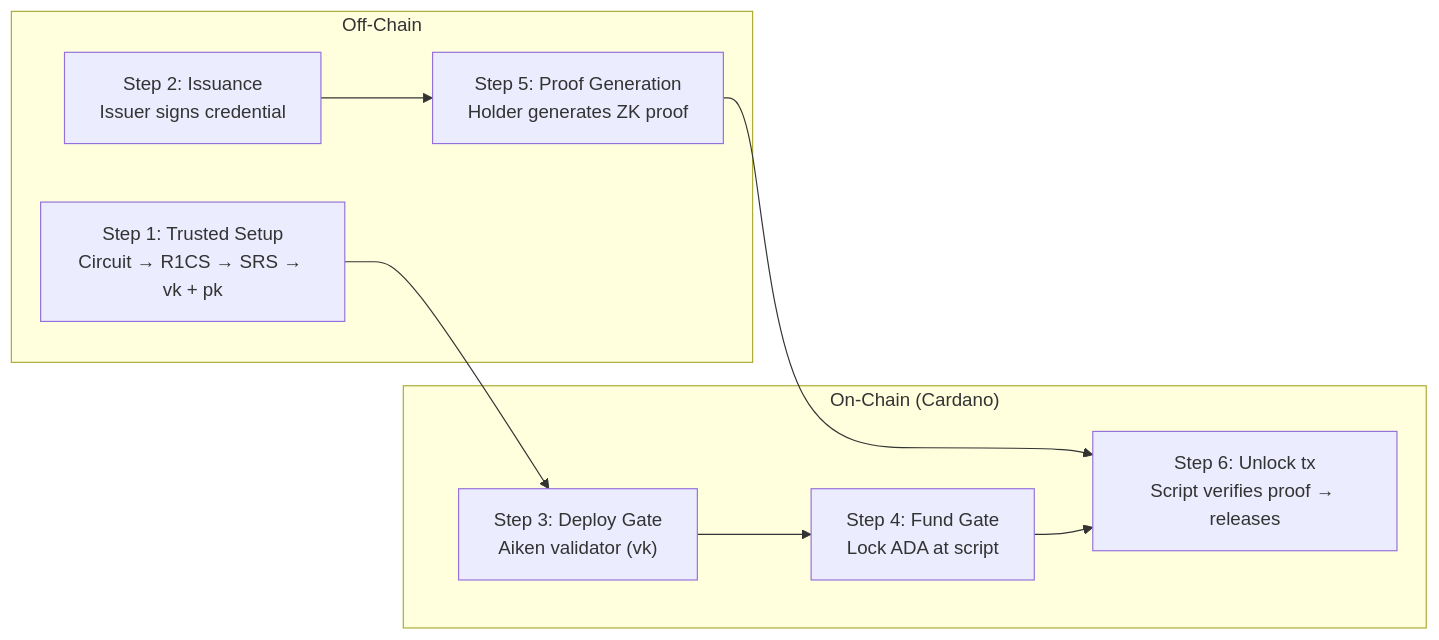
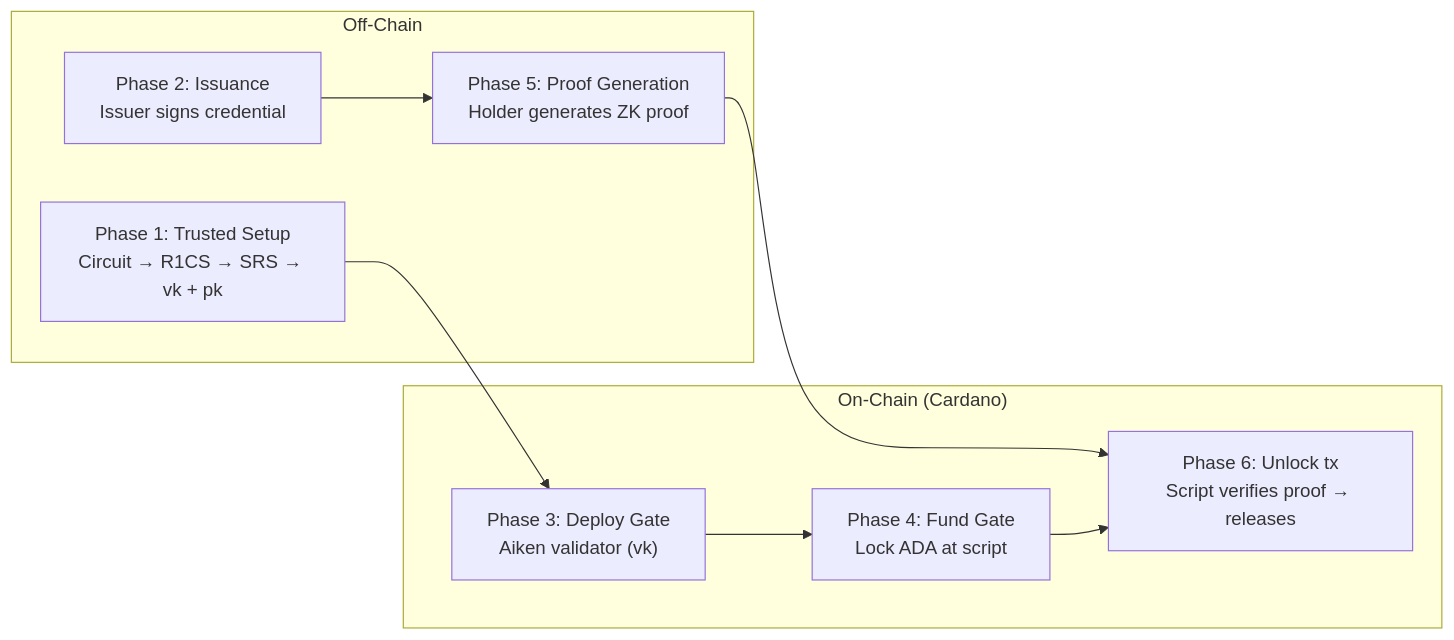
Before and after one commit to cardano-foundation/bls: the diagram in aiken/selective-disclosure/README.md, drawn with Mermaid. The commit also changed other lines of this file, not shown here.

Commit message:
add e2e testing for Step 1

````diff
--- a/aiken/selective-disclosure/README.md
+++ b/aiken/selective-disclosure/README.md
@@ -161,18 +169,18 @@
 ```mermaid
 graph LR
     subgraph OffChain["Off-Chain"]
-        S1["Step 1: Trusted Setup<br/>Circuit → R1CS → SRS → vk + pk"]
-        S2["Step 2: Issuance<br/>Issuer signs credential"]
-        S5["Step 5: Proof Generation<br/>Holder generates ZK proof"]
+        P1["Phase 1: Trusted Setup<br/>Circuit → R1CS → SRS → vk + pk"]
+        P2["Phase 2: Issuance<br/>Issuer signs credential"]
+        P5["Phase 5: Proof Generation<br/>Holder generates ZK proof"]
     end
     subgraph OnChain["On-Chain (Cardano)"]
-        S3["Step 3: Deploy Gate<br/>Aiken validator (vk)"]
-        S4["Step 4: Fund Gate<br/>Lock ADA at script"]
-        S6["Step 6: Unlock tx<br/>Script verifies proof → releases"]
+        P3["Phase 3: Deploy Gate<br/>Aiken validator (vk)"]
+        P4["Phase 4: Fund Gate<br/>Lock ADA at script"]
+        P6["Phase 6: Unlock tx<br/>Script verifies proof → releases"]
     end
-    S1 --> S3
-    S2 --> S5
-    S3 --> S4
-    S5 --> S6
-    S4 --> S6
+    P1 --> P3
+    P2 --> P5
+    P3 --> P4
+    P5 --> P6
+    P4 --> P6
 ```
````
